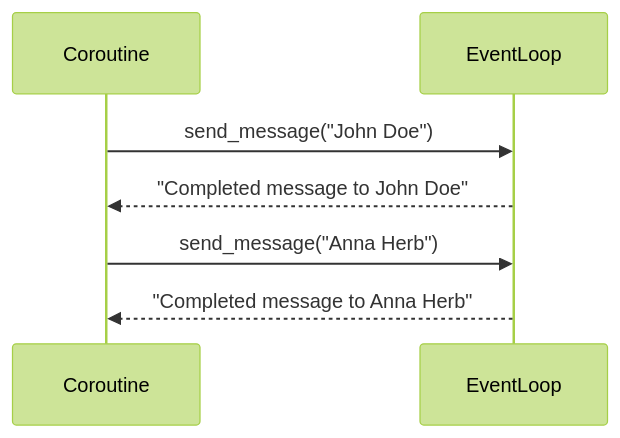
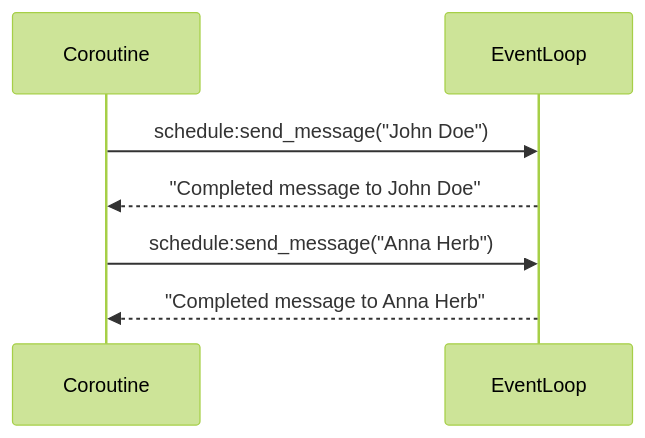
One commit to Tiri1992/Tiri1992.github.io changed the first of 2 diagrams in _posts/concurrency/2022-11-24-asyncio.md. Above: the diagram before and after it, drawn with Mermaid (forest theme). The commit also changed other lines of this file, not shown here.

Commit message:
diagram fix

````diff
--- a/_posts/concurrency/2022-11-24-asyncio.md
+++ b/_posts/concurrency/2022-11-24-asyncio.md
@@ -58,7 +58,7 @@
 ```mermaid
 sequenceDiagram
-  Coroutine ->>EventLoop: send_message("John Doe")
+  Coroutine ->>EventLoop: schedule:send_message("John Doe")
   EventLoop -->>Coroutine: "Completed message to John Doe"
-  Coroutine ->>EventLoop: send_message("Anna Herb")
+  Coroutine ->>EventLoop: schedule:send_message("Anna Herb")
   EventLoop -->>Coroutine: "Completed message to Anna Herb"
 ```
````
